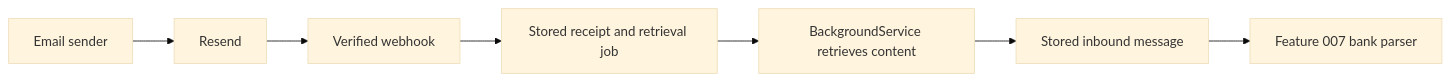
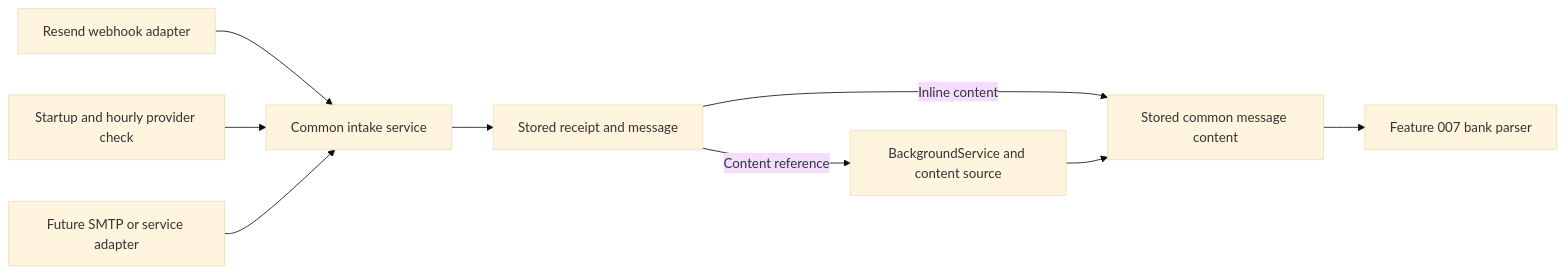
Before and after one commit to Amicora-cz/pairrot: the diagram in docs/features/006-inbound-email-reception.md, drawn with Mermaid (base theme). The commit also changed other lines of this file and 63 other files, not shown here.

First line of the commit message:
Implement Feature 6: inbound email reception

````diff
--- a/docs/features/006-inbound-email-reception.md
+++ b/docs/features/006-inbound-email-reception.md
@@ -53,9 +102,11 @@
 ```mermaid
 flowchart LR
-    B[Email sender] --> R[Resend]
-    R --> W[Verified webhook]
-    W --> D[Stored receipt and retrieval job]
-    D --> F[BackgroundService retrieves content]
-    F --> M[Stored inbound message]
+    R[Resend webhook adapter] --> I[Common intake service]
+    C[Startup and hourly provider check] --> I
+    S[Future SMTP or service adapter] --> I
+    I --> D[Stored receipt and message]
+    D -->|Content reference| F[BackgroundService and content source]
+    D -->|Inline content| M[Stored common message content]
+    F --> M
     M --> P[Feature 007 bank parser]
 ```
````
